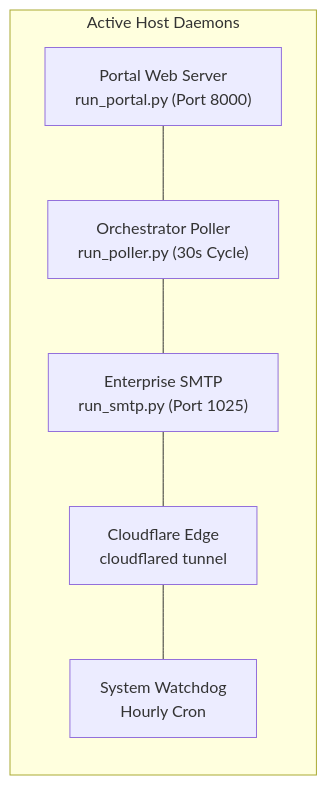
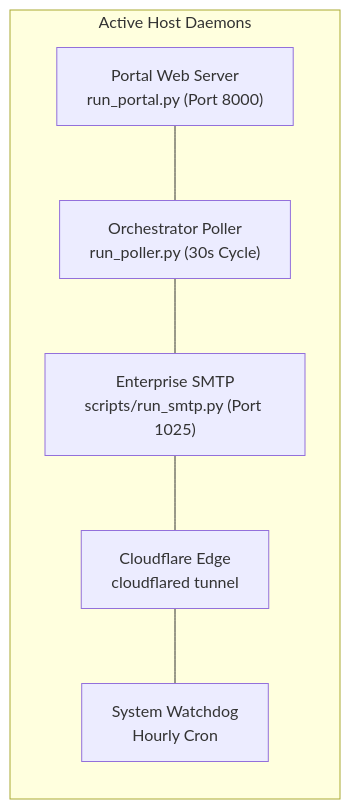
Before and after one commit to shashankmahajan99/edtech-review-engine: the fourth of 5 diagrams in docs/HANDOVER_MASTER_SPECIFICATION.md, drawn with Mermaid. The commit also changed other lines of this file and 42 other files, not shown here.

````diff
--- a/docs/HANDOVER_MASTER_SPECIFICATION.md
+++ b/docs/HANDOVER_MASTER_SPECIFICATION.md
@@ -525,12 +525,12 @@
 ```mermaid
 graph LR
     subgraph Active Host Daemons
         D1["Portal Web Server<br/>run_portal.py (Port 8000)"]
         D2["Orchestrator Poller<br/>run_poller.py (30s Cycle)"]
-        D3["Enterprise SMTP<br/>run_smtp.py (Port 1025)"]
+        D3["Enterprise SMTP<br/>scripts/run_smtp.py (Port 1025)"]
         D4["Cloudflare Edge<br/>cloudflared tunnel"]
         D5["System Watchdog<br/>Hourly Cron"]
     end
 
     D1 --- D2 --- D3 --- D4 --- D5
 ```
````
